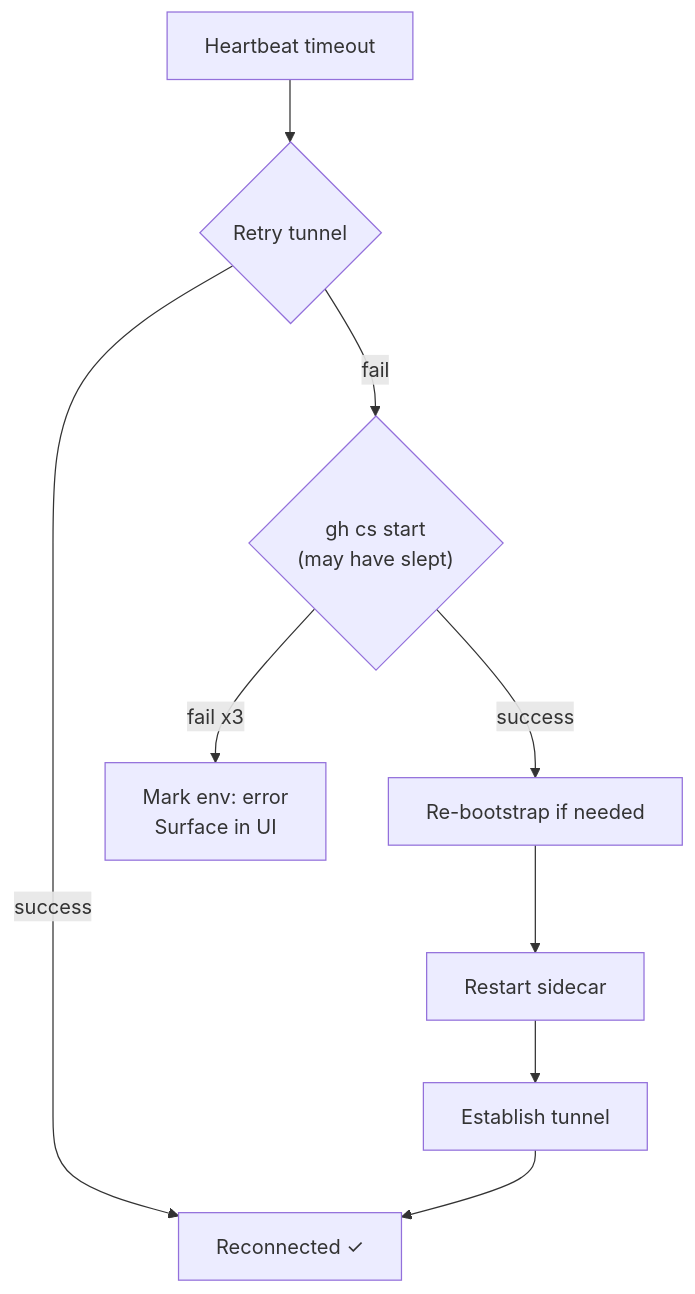
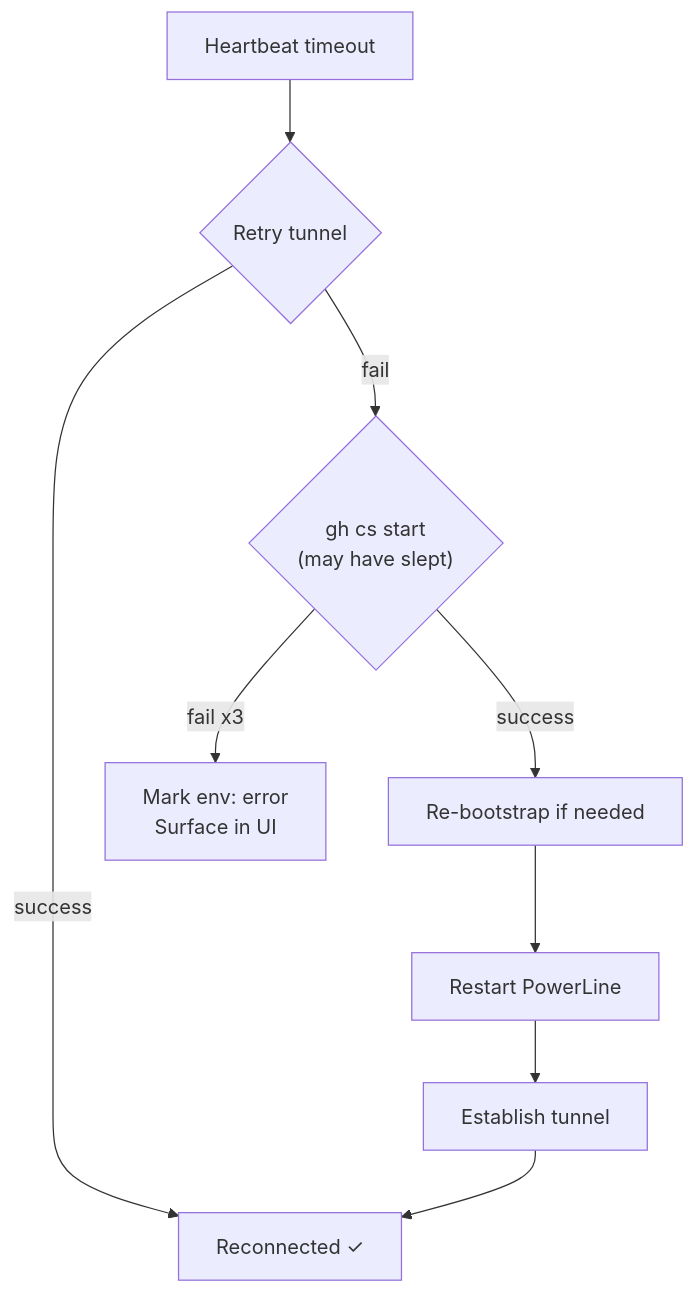
The third of 5 diagrams in specs/v0.md (nick-pape/grackle), drawn with Mermaid before and after one commit. The commit also changed other lines of this file and 45 other files, not shown here.

First line of the commit message:
Address PR review: Drizzle ORM, PowerLine rename, security fixes, UX improvements

````diff
--- a/specs/v0.md
+++ b/specs/v0.md
@@ -209,11 +209,11 @@
 ```mermaid
 flowchart TD
     A[Heartbeat timeout] --> B{Retry tunnel}
     B -- success --> G[Reconnected ✓]
     B -- fail --> C{"gh cs start<br/>(may have slept)"}
     C -- success --> D[Re-bootstrap if needed]
-    D --> E[Restart sidecar]
+    D --> E[Restart PowerLine]
     E --> F[Establish tunnel]
     F --> G
     C -- fail x3 --> H["Mark env: error<br/>Surface in UI"]
 ```
````
